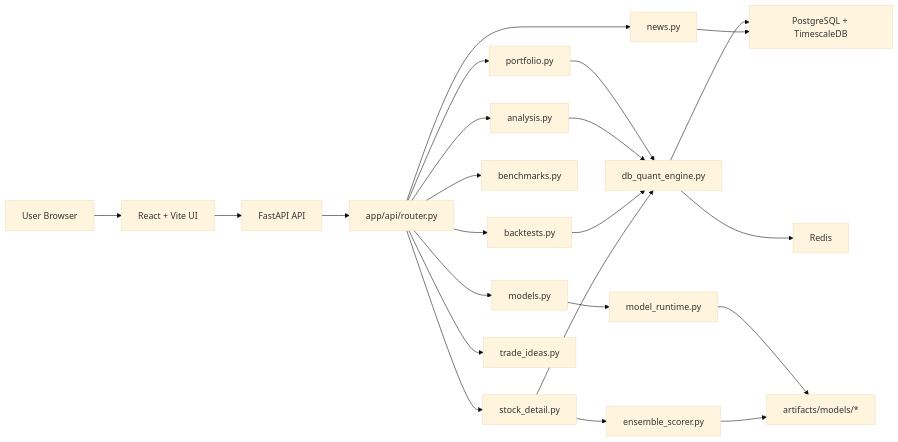
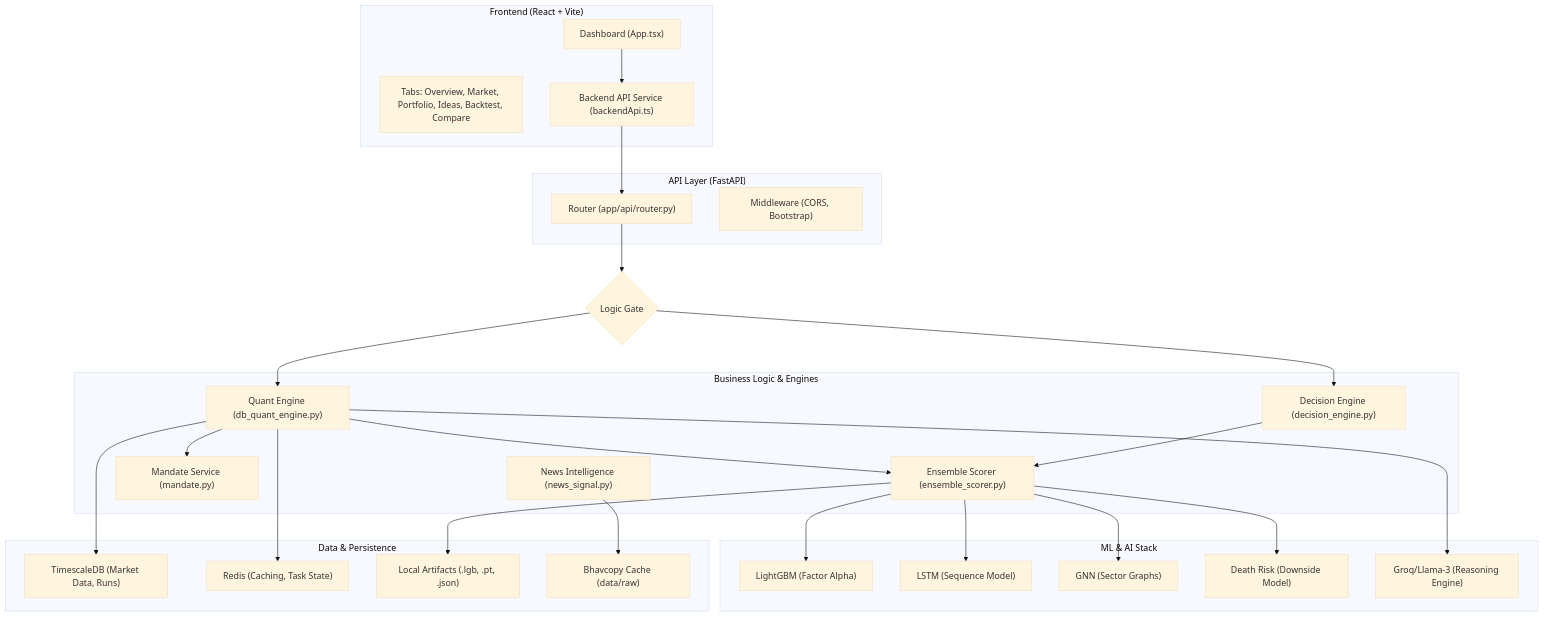
One commit to shahpruthaa/capstone changed the diagram in docs/architecture.md. Above: the diagram before and after it, drawn with Mermaid (base theme). The commit also changed other lines of this file and 3 other files, not shown here.

Commit message:
docs: condense proof notes and update documentation architecture for clarity

````diff
--- a/docs/architecture.md
+++ b/docs/architecture.md
@@ -14,29 +19,58 @@
 ```mermaid
-flowchart LR
-    U["User Browser"] --> WEB["React + Vite UI"]
-    WEB --> API["FastAPI API"]
+flowchart TB
+    subgraph Frontend_Surface ["Frontend (React + Vite)"]
+        UI["Dashboard (App.tsx)"]
+        COMP["Tabs: Overview, Market, Portfolio, Ideas, Backtest, Compare"]
+        API_SVC["Backend API Service (backendApi.ts)"]
+    end
 
-    API --> ROUTER["app/api/router.py"]
-    ROUTER --> PORT["portfolio.py"]
-    ROUTER --> ANALYSIS["analysis.py"]
-    ROUTER --> BACKTESTS["backtests.py"]
-    ROUTER --> BENCH["benchmarks.py"]
-    ROUTER --> MODELS["models.py"]
-    ROUTER --> NEWS["news.py"]
-    ROUTER --> STOCK["stock_detail.py"]
-    ROUTER --> IDEAS["trade_ideas.py"]
+    subgraph API_Layer ["API Layer (FastAPI)"]
+        ROUTER["Router (app/api/router.py)"]
+        AUTH["Middleware (CORS, Bootstrap)"]
+    end
 
-    PORT --> ENGINE["db_quant_engine.py"]
-    ANALYSIS --> ENGINE
-    BACKTESTS --> ENGINE
-    STOCK --> ENGINE
-    STOCK --> SCORER["ensemble_scorer.py"]
-    MODELS --> RUNTIME["model_runtime.py"]
+    subgraph Logic_Engines ["Business Logic & Engines"]
+        QE["Quant Engine (db_quant_engine.py)"]
+        DE["Decision Engine (decision_engine.py)"]
+        SC["Ensemble Scorer (ensemble_scorer.py)"]
+        MC["Mandate Service (mandate.py)"]
+        NI["News Intelligence (news_signal.py)"]
+    end
 
-    ENGINE --> PG["PostgreSQL + TimescaleDB"]
-    ENGINE --> REDIS["Redis"]
-    NEWS --> PG
+    subgraph Intelligence_Stack ["ML & AI Stack"]
+        LGBM["LightGBM (Factor Alpha)"]
+        LSTM["LSTM (Sequence Model)"]
+        GNN["GNN (Sector Graphs)"]
+        DR["Death Risk (Downside Model)"]
+        LLM["Groq/Llama-3 (Reasoning Engine)"]
+    end
 
-    RUNTIME --> ART["artifacts/models/*"]
-    SCORER --> ART
+    subgraph Data_Persistence ["Data & Persistence"]
+        PG["TimescaleDB (Market Data, Runs)"]
+        RD["Redis (Caching, Task State)"]
+        ART["Local Artifacts (.lgb, .pt, .json)"]
+        FS["Bhavcopy Cache (data/raw)"]
+    end
+
+    UI --> API_SVC
+    API_SVC --> ROUTER
+    ROUTER --> logic_gate{Logic Gate}
+    logic_gate --> QE
+    logic_gate --> DE
+    
+    QE --> SC
+    DE --> SC
+    QE --> MC
+    
+    SC --> LGBM
+    SC --> LSTM
+    SC --> GNN
+    SC --> DR
+    
+    QE --> PG
+    QE --> RD
+    QE --> LLM
+    
+    SC --> ART
+    NI --> FS
 ```
````
